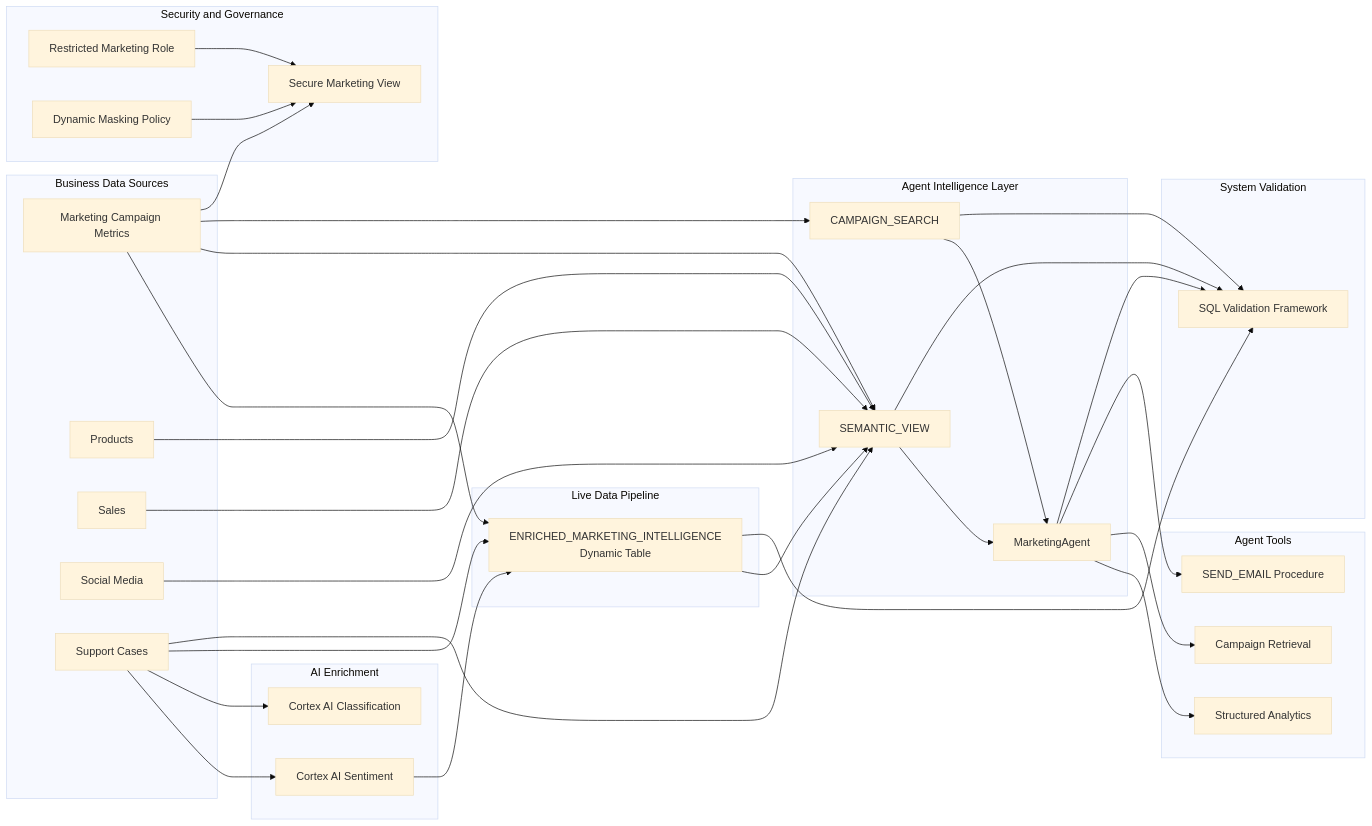
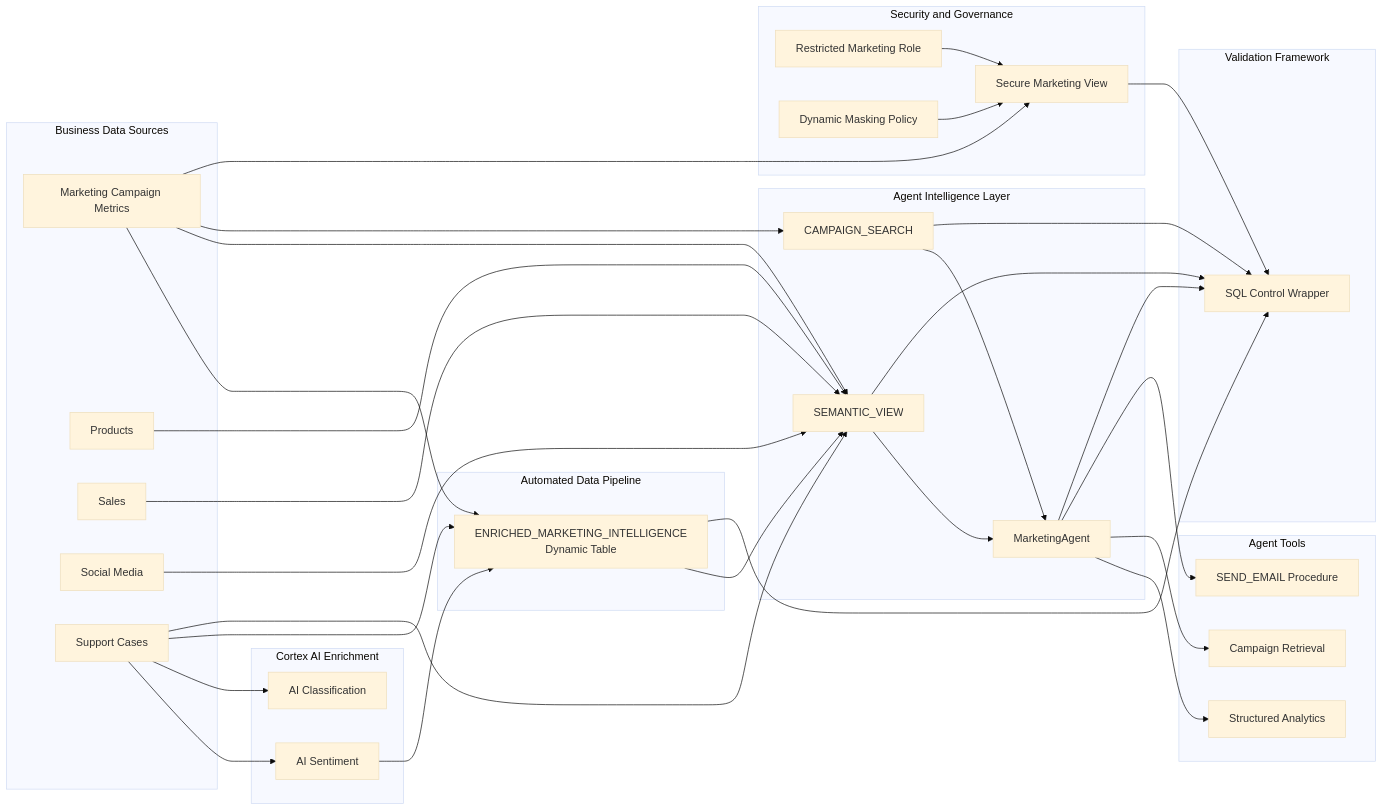
The diagram in README.md (MonsAbdul/snowflake-end-to-end-ai-agent-pipeline), drawn with Mermaid (base theme) before and after one commit. The commit also changed other lines of this file, not shown here.

````diff
--- a/README.md
+++ b/README.md
@@ -77,73 +133,74 @@
 ```mermaid
 flowchart LR
     subgraph Sources["Business Data Sources"]
         M[Marketing Campaign Metrics]
         P[Products]
         S[Sales]
         SM[Social Media]
         SC[Support Cases]
     end
 
-    subgraph Enrichment["AI Enrichment"]
-        SENT[Cortex AI Sentiment]
-        CLASS[Cortex AI Classification]
+    subgraph Enrichment["Cortex AI Enrichment"]
+        SENT[AI Sentiment]
+        CLASS[AI Classification]
     end
 
-    subgraph Pipeline["Live Data Pipeline"]
+    subgraph Pipeline["Automated Data Pipeline"]
         DT[ENRICHED_MARKETING_INTELLIGENCE<br/>Dynamic Table]
     end
 
     subgraph Intelligence["Agent Intelligence Layer"]
         SV[SEMANTIC_VIEW]
         CS[CAMPAIGN_SEARCH]
         AGENT[MarketingAgent]
     end
 
-    subgraph Tools["Agent Tools"]
+    subgraph AgentTools["Agent Tools"]
         ANALYST[Structured Analytics]
         SEARCH[Campaign Retrieval]
         EMAIL[SEND_EMAIL Procedure]
     end
 
     subgraph Governance["Security and Governance"]
-        VIEW[Secure Marketing View]
+        SECURE[Secure Marketing View]
         ROLE[Restricted Marketing Role]
         MASK[Dynamic Masking Policy]
     end
 
-    subgraph Validation["System Validation"]
-        TEST[SQL Validation Framework]
+    subgraph Validation["Validation Framework"]
+        TEST[SQL Control Wrapper]
     end
 
     SC --> SENT
     SC --> CLASS
 
     M --> DT
     SC --> DT
     SENT --> DT
 
     M --> SV
     P --> SV
     S --> SV
     SM --> SV
     SC --> SV
     DT --> SV
 
     M --> CS
 
     SV --> AGENT
     CS --> AGENT
 
     AGENT --> ANALYST
     AGENT --> SEARCH
     AGENT --> EMAIL
 
-    M --> VIEW
-    MASK --> VIEW
-    ROLE --> VIEW
+    M --> SECURE
+    MASK --> SECURE
+    ROLE --> SECURE
 
     DT --> TEST
     SV --> TEST
     CS --> TEST
     AGENT --> TEST
+    SECURE --> TEST
 ```
````
